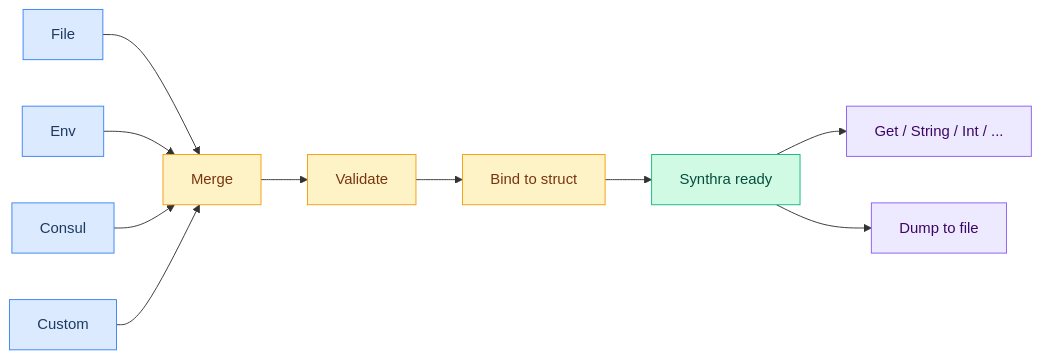
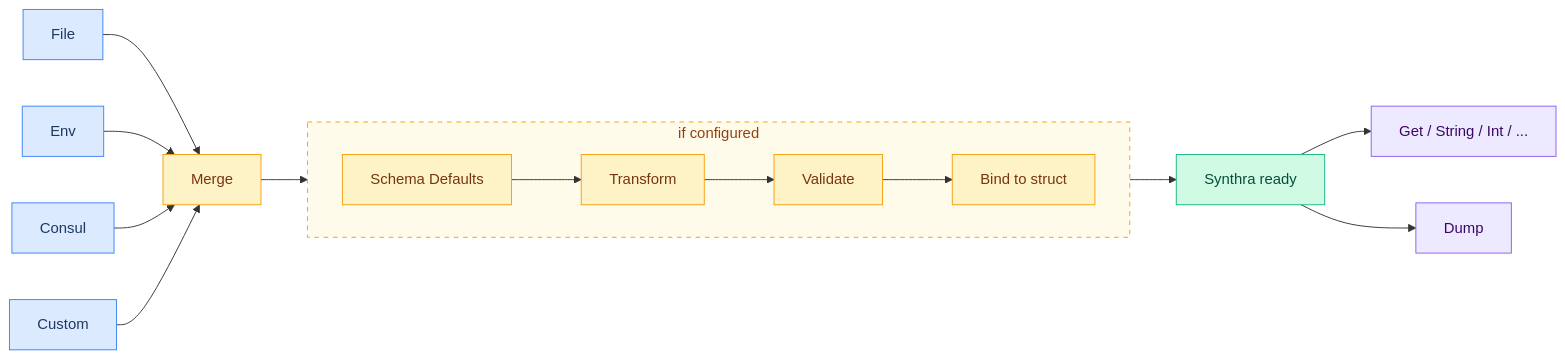
Before and after one commit to gopherly/synthra: the diagram in README.md, drawn with Mermaid. The commit also changed other lines of this file, not shown here.

````diff
--- a/README.md
+++ b/README.md
@@ -25,23 +25,33 @@
 ```mermaid
 flowchart LR
     S1[File] --> Merge
     S2[Env] --> Merge
     S3[Consul] --> Merge
     S4[Custom] --> Merge
-    Merge --> Validate
-    Validate --> Bind["Bind to struct"]
+    Merge --> Defaults
+
+    subgraph Optional ["if configured"]
+        direction LR
+        Defaults["Schema Defaults"] --> Transform
+        Transform --> Validate["Validate"]
+        Validate --> Bind["Bind to struct"]
+    end
+
     Bind --> Ready["Synthra ready"]
     Ready --> Read["Get / String / Int / ..."]
-    Ready --> Dump["Dump to file"]
+    Ready --> Dump["Dump"]
 
     style S1 fill:#dbeafe,stroke:#3b82f6,color:#1e3a5f
     style S2 fill:#dbeafe,stroke:#3b82f6,color:#1e3a5f
     style S3 fill:#dbeafe,stroke:#3b82f6,color:#1e3a5f
     style S4 fill:#dbeafe,stroke:#3b82f6,color:#1e3a5f
     style Merge fill:#fef3c7,stroke:#f59e0b,color:#78350f
+    style Defaults fill:#fef3c7,stroke:#f59e0b,color:#78350f
+    style Transform fill:#fef3c7,stroke:#f59e0b,color:#78350f
     style Validate fill:#fef3c7,stroke:#f59e0b,color:#78350f
     style Bind fill:#fef3c7,stroke:#f59e0b,color:#78350f
+    style Optional fill:#fffbeb,stroke:#f59e0b,stroke-dasharray:5 5,color:#92400e
     style Ready fill:#d1fae5,stroke:#10b981,color:#064e3b
     style Read fill:#ede9fe,stroke:#8b5cf6,color:#3b0764
     style Dump fill:#ede9fe,stroke:#8b5cf6,color:#3b0764
 ```
````
